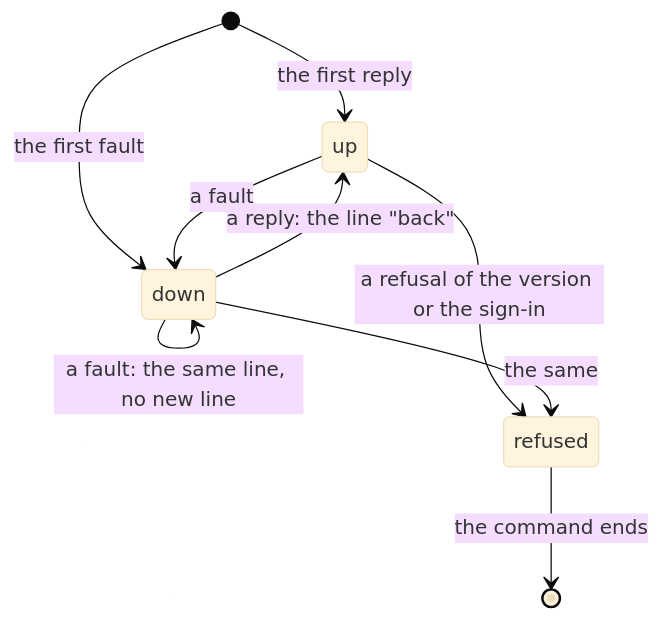
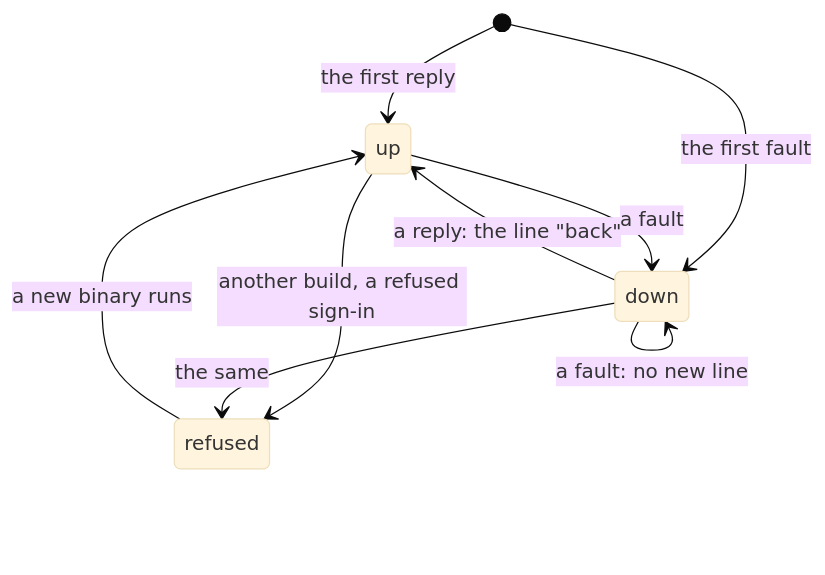
One commit to como-technologies/riff changed the fifth of 5 diagrams in docs/src/design-link.md. Above: the diagram before and after it, drawn with Mermaid (base theme). The commit also changed other lines of this file and 1 other file, not shown here.

````diff
--- a/docs/src/design-link.md
+++ b/docs/src/design-link.md
@@ -284,11 +288,11 @@
 ```mermaid
 stateDiagram-v2
     [*] --> up: the first reply
     [*] --> down: the first fault
     up --> down: a fault
-    down --> down: a fault: the same line, no new line
+    down --> down: a fault: no new line
     down --> up: a reply: the line "back"
-    up --> refused: a refusal of the version or the sign-in
+    up --> refused: another build, a refused sign-in
     down --> refused: the same
-    refused --> [*]: the command ends
+    refused --> up: a new binary runs
 ```
````
